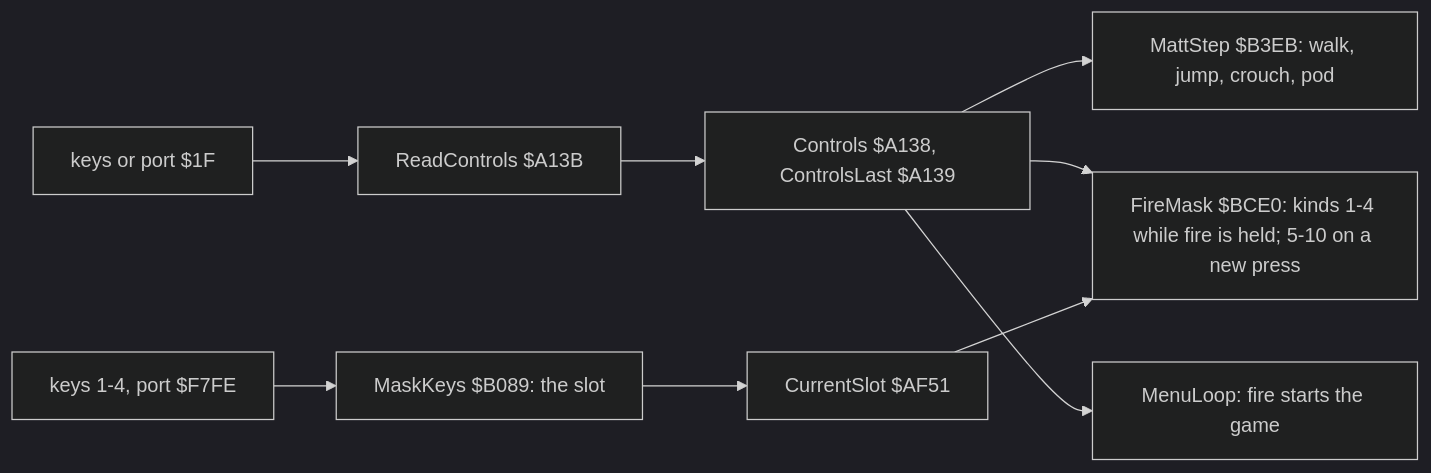
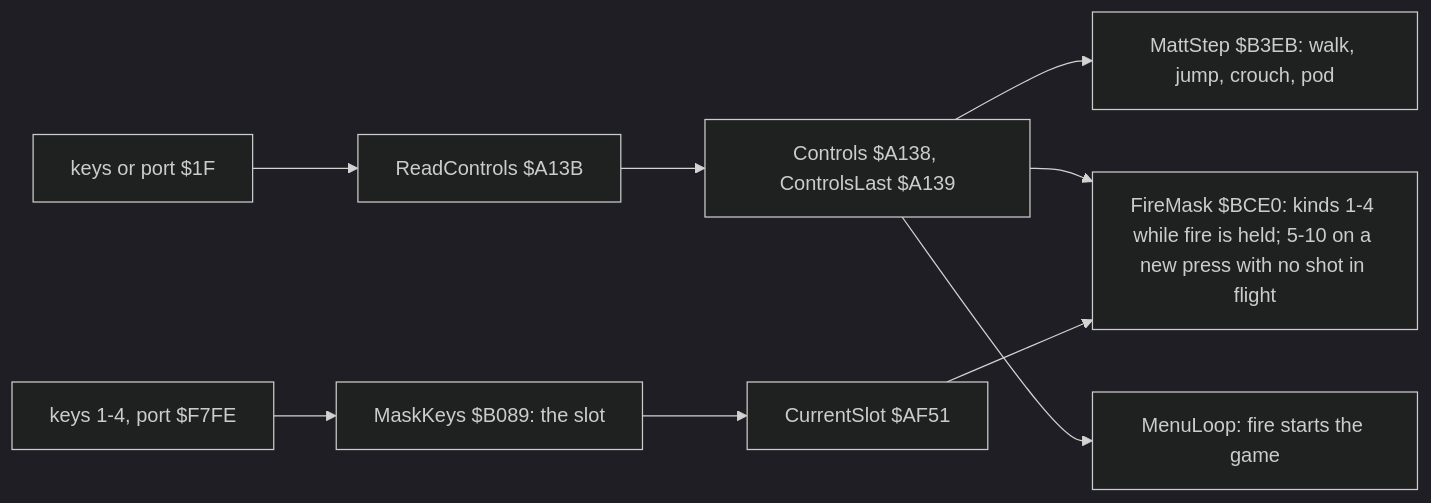
Before and after one commit to alfishe/unrealng-reverse-cases: the second of 4 diagrams in games/mask-iii/docs/05-controls.md, drawn with Mermaid (dark theme). The commit also changed other lines of this file and 20 other files, not shown here.

````diff
--- a/games/mask-iii/docs/05-controls.md
+++ b/games/mask-iii/docs/05-controls.md
@@ -506,11 +506,11 @@
 ```mermaid
 flowchart LR
     K["keys or port $1F"] --> R["ReadControls $A13B"]
     R --> C["Controls $A138, ControlsLast $A139"]
     C --> M["MattStep $B3EB: walk, jump, crouch, pod"]
-    C --> F["FireMask $BCE0: kinds 1-4 while fire is held; 5-10 on a new press"]
+    C --> F["FireMask $BCE0: kinds 1-4 while fire is held; 5-10 on a new press with no shot in flight"]
     N["keys 1-4, port $F7FE"] --> MK["MaskKeys $B089: the slot"]
     MK --> S["CurrentSlot $AF51"]
     S --> F
     C --> MENU["MenuLoop: fire starts the game"]
 ```
````
